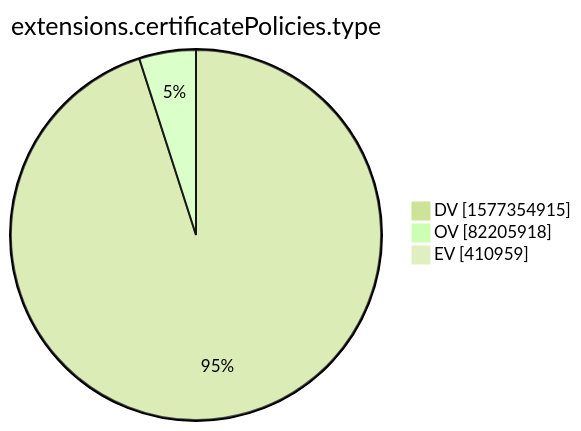
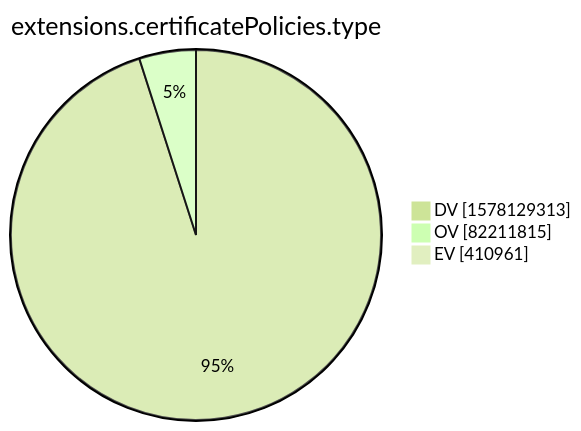
The tenth of 15 diagrams in xenon2022/README.md (christiankrug/ctmonitor_visualization), drawn with Mermaid (forest theme) before and after one commit. The commit also changed other lines of this file, not shown here.

````diff
--- a/xenon2022/README.md
+++ b/xenon2022/README.md
@@ -2877,7 +2877,7 @@
 ```mermaid
 pie showData
 title extensions.certificatePolicies.type
-"DV" :1577354915
-"OV" :82205918
-"EV" :410959
+"DV" :1578129313
+"OV" :82211815
+"EV" :410961
 ```
````
